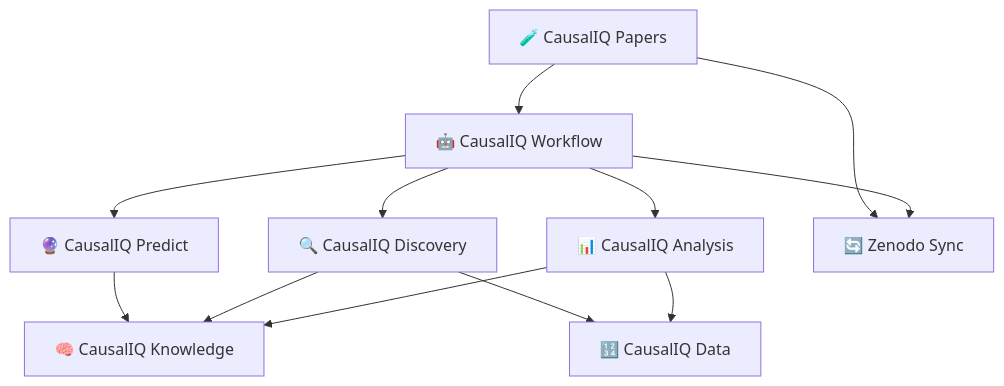
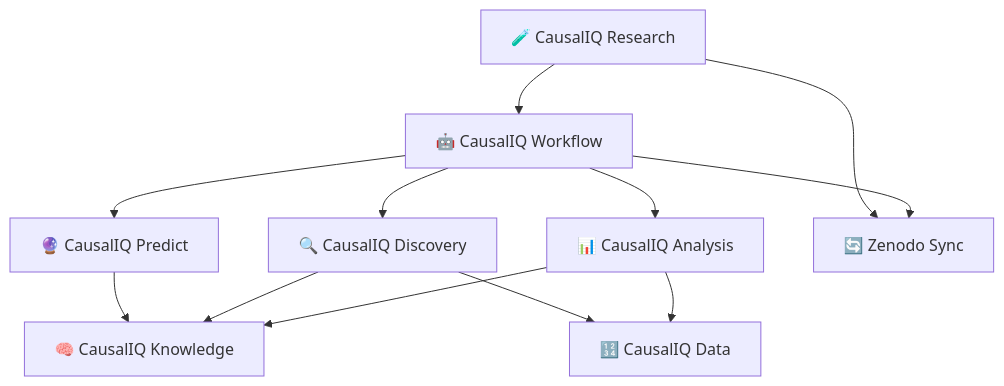
The diagram in docs/projects/index.md (causaliq/causaliq), drawn with Mermaid before and after one commit. The commit also changed other lines of this file and 8 other files, not shown here.

Commit message:
docs: describe CausalIQ Research (previously Papers) and update ecosystem roadmap

````diff
--- a/docs/projects/index.md
+++ b/docs/projects/index.md
@@ -36,25 +36,25 @@
 ```mermaid
 graph TD
     DIS[🔍 CausalIQ Discovery]
     KNO[🧠 CausalIQ Knowledge]
     WOR[🤖 CausalIQ Workflow]
     ANA[📊 CausalIQ Analysis] 
-    PAP[🧪 CausalIQ Papers]
+    REA[🧪 CausalIQ Research]
     DAT[🔢 CausalIQ Data]
     PRE[🔮 CausalIQ Predict]
     ZEN[🔄 Zenodo Sync]
 
-    PAP --> ZEN
-    PAP --> WOR
+    REA --> ZEN
+    REA --> WOR
     WOR --> DIS
     WOR --> ANA
     WOR --> ZEN
     WOR --> PRE
     PRE --> KNO
     DIS --> KNO
     ANA --> KNO
     DIS --> DAT
     ANA --> DAT
     
 
 ```
````
